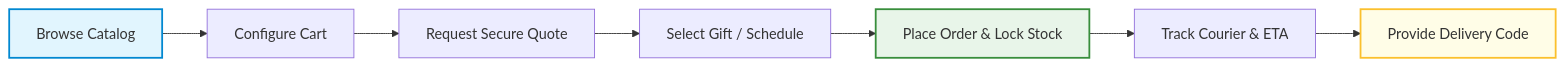
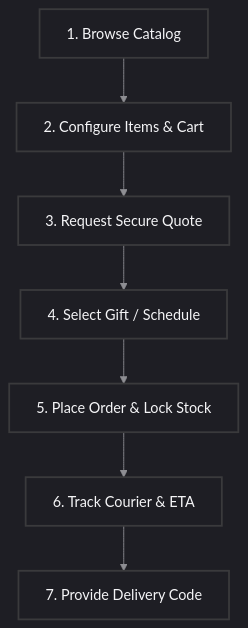
The first of 3 diagrams in README.md (Deekshith06/Relay-Market-Network), drawn with Mermaid before and after one commit. The commit also changed other lines of this file, not shown here.

Commit message:
docs: convert workflows to vertical layouts and apply custom dark theme styles

````diff
--- a/README.md
+++ b/README.md
@@ -97,13 +97,13 @@
 ```mermaid
-graph LR
-    A[Browse Catalog] --> B[Configure Cart]
-    B --> C[Request Secure Quote]
-    C --> D[Select Gift / Schedule]
-    D --> E[Place Order & Lock Stock]
-    E --> F[Track Courier & ETA]
-    F --> G[Provide Delivery Code]
-    
-    style A fill:#e1f5fe,stroke:#0288d1,stroke-width:2px;
-    style E fill:#e8f5e9,stroke:#388e3c,stroke-width:2px;
-    style G fill:#fffde7,stroke:#fbc02d,stroke-width:2px;
+%%{init: {'theme': 'dark', 'themeVariables': { 'background': '#0f0f11', 'primaryColor': '#1e1e24', 'primaryTextColor': '#f5f5f7', 'lineColor': '#8e8e93' }}}%%
+graph TD
+    A[1. Browse Catalog] --> B[2. Configure Items & Cart]
+    B --> C[3. Request Secure Quote]
+    C --> D[4. Select Gift / Schedule]
+    D --> E[5. Place Order & Lock Stock]
+    E --> F[6. Track Courier & ETA]
+    F --> G[7. Provide Delivery Code]
+
+    classDef darkNode fill:#1e1e24,stroke:#3a3a3c,stroke-width:2px,color:#f5f5f7;
+    class A,B,C,D,E,F,G darkNode;
 ```
````
